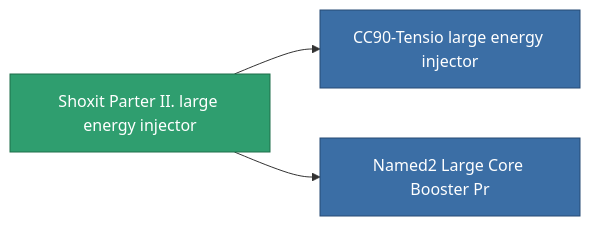
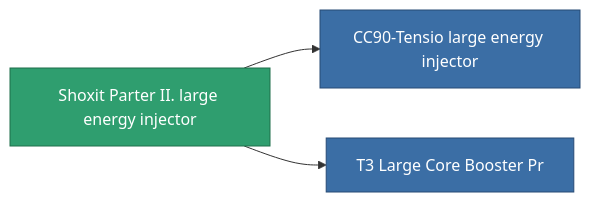
The diagram in content/content/items/named1_large_core_booster.md (OpenPerpetuum/Wiki), drawn with Mermaid before and after one commit. The commit also changed other lines of this file and 4904 other files, not shown here.

````diff
--- a/content/content/items/named1_large_core_booster.md
+++ b/content/content/items/named1_large_core_booster.md
@@ -60,13 +46,13 @@
 ```mermaid
 graph LR
     a["Shoxit Parter II. large energy injector"]:::current
     b["CC90-Tensio large energy injector"]:::prod
     a --> b
     click b "/content/items/named2-large-core-booster/" "CC90-Tensio large energy injector"
-    c["Named2 Large Core Booster Pr"]:::prod
+    c["T3 Large Core Booster Pr"]:::prod
     a --> c
-    click c "/content/items/named2-large-core-booster-pr/" "Named2 Large Core Booster Pr"
+    click c "/content/items/named2-large-core-booster-pr/" "T3 Large Core Booster Pr"
     classDef current fill:#2f9e6f,stroke:#1f6f4a,color:#ffffff
     classDef prod fill:#3b6ea5,stroke:#274a75,color:#ffffff
     classDef more fill:#39445a,stroke:#54658a,color:#d5dbe8
 ```
````
